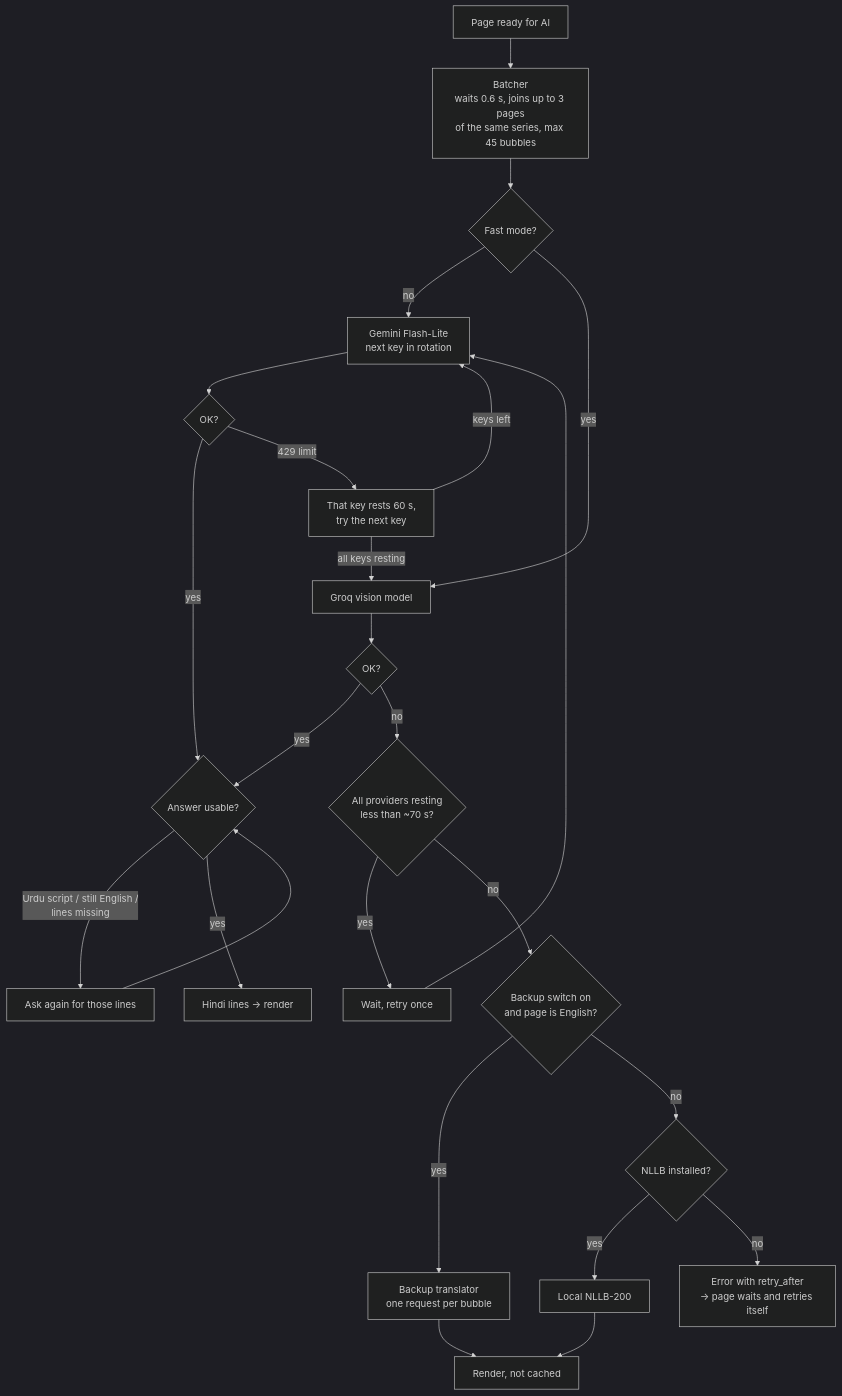
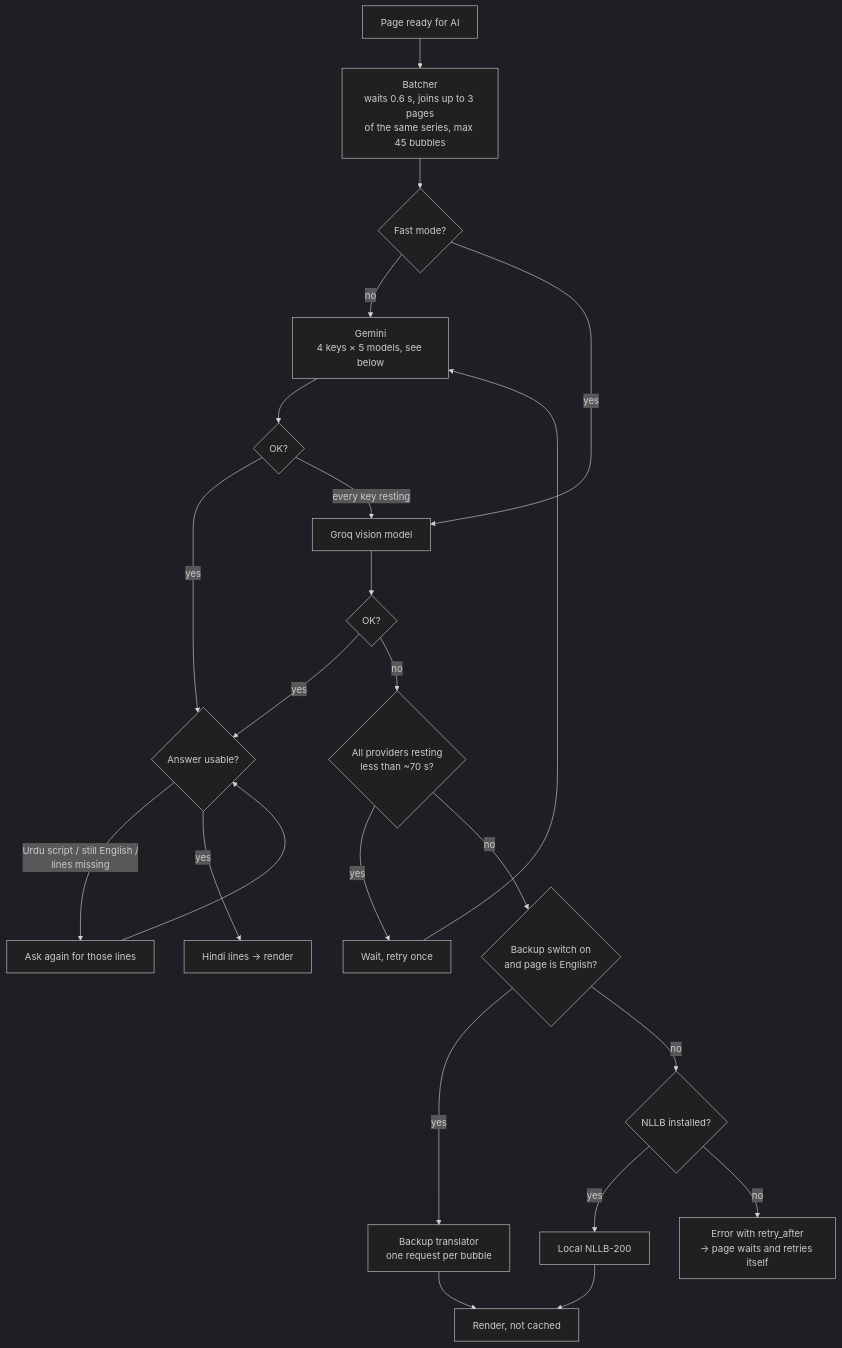
Before and after one commit to jitendra205saini/Manga-Translator: the fifth of 7 diagrams in docs/ARCHITECTURE.md, drawn with Mermaid (dark theme). The commit also changed other lines of this file and 2 other files, not shown here.

Commit message:
docs: Gemini keys aur models kaise badalte hain, naya flowchart

````diff
--- a/docs/ARCHITECTURE.md
+++ b/docs/ARCHITECTURE.md
@@ -176,27 +176,25 @@
 ```mermaid
 flowchart TD
     J["Page ready for AI"] --> BQ["Batcher<br/>waits 0.6 s, joins up to 3 pages<br/>of the same series, max 45 bubbles"]
     BQ --> F{"Fast mode?"}
     F -->|no| G1
     F -->|yes| Q1
 
-    G1["Gemini Flash-Lite<br/>next key in rotation"] --> GR{"OK?"}
+    G1["Gemini<br/>4 keys × 5 models, see below"] --> GR{"OK?"}
     GR -->|yes| CHK
-    GR -->|"429 limit"| GK["That key rests 60 s,<br/>try the next key"]
-    GK -->|keys left| G1
-    GK -->|all keys resting| Q1
+    GR -->|"every key resting"| Q1
 
     Q1["Groq vision model"] --> QR{"OK?"}
     QR -->|yes| CHK
     QR -->|no| W{"All providers resting<br/>less than ~70 s?"}
     W -->|yes| WAIT["Wait, retry once"] --> G1
     W -->|no| FB
 
     CHK{"Answer usable?"} -->|"Urdu script / still English /<br/>lines missing"| RE["Ask again for those lines"] --> CHK
     CHK -->|yes| DONE["Hindi lines → render"]
 
     FB{"Backup switch on<br/>and page is English?"} -->|yes| BK["Backup translator<br/>one request per bubble"] --> DONE2["Render, not cached"]
     FB -->|no| NL{"NLLB installed?"}
     NL -->|yes| NLLB["Local NLLB-200"] --> DONE2
     NL -->|no| LIM["Error with retry_after<br/>→ page waits and retries itself"]
 ```
````
